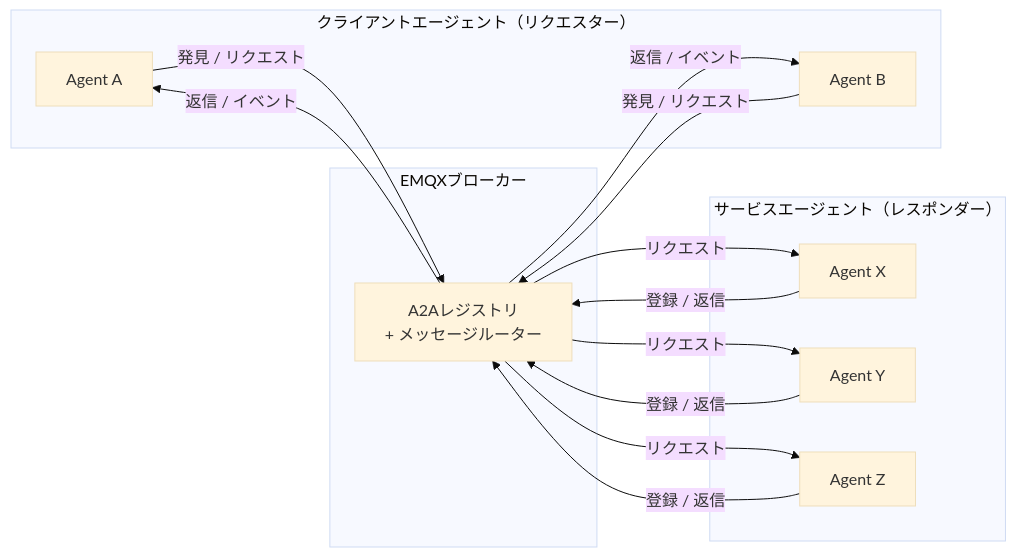
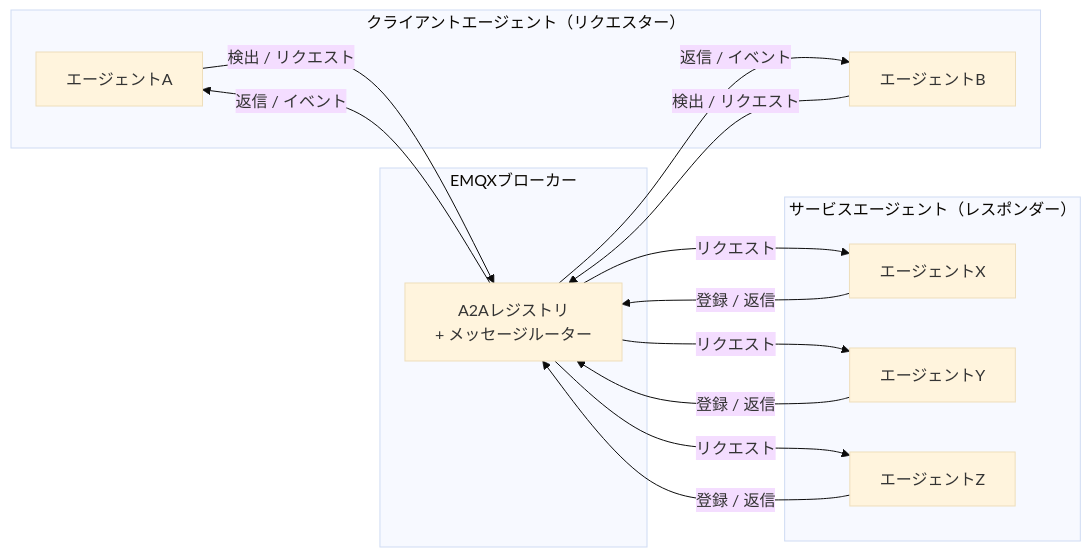
The first of 2 diagrams in ja_JP/emqx-ai/a2a-over-mqtt/architecture.md (emqx/emqx-docs), drawn with Mermaid (base theme) before and after one commit. The commit also changed other lines of this file and 41 other files, not shown here.

````diff
--- a/ja_JP/emqx-ai/a2a-over-mqtt/architecture.md
+++ b/ja_JP/emqx-ai/a2a-over-mqtt/architecture.md
@@ -13,28 +13,28 @@
 ```mermaid
 graph LR
     subgraph "クライアントエージェント（リクエスター）"
-        CA1[Agent A]
-        CA2[Agent B]
+        CA1[エージェントA]
+        CA2[エージェントB]
     end
 
     subgraph "EMQXブローカー"
         B[A2Aレジストリ\n+ メッセージルーター]
     end
 
     subgraph "サービスエージェント（レスポンダー）"
-        SA1[Agent X]
-        SA2[Agent Y]
-        SA3[Agent Z]
+        SA1[エージェントX]
+        SA2[エージェントY]
+        SA3[エージェントZ]
     end
 
-    CA1 -- "発見 / リクエスト" --> B
-    CA2 -- "発見 / リクエスト" --> B
+    CA1 -- "検出 / リクエスト" --> B
+    CA2 -- "検出 / リクエスト" --> B
     B -- "返信 / イベント" --> CA1
     B -- "返信 / イベント" --> CA2
     B -- "リクエスト" --> SA1
     B -- "リクエスト" --> SA2
     B -- "リクエスト" --> SA3
     SA1 -- "登録 / 返信" --> B
     SA2 -- "登録 / 返信" --> B
     SA3 -- "登録 / 返信" --> B
 ```
````
